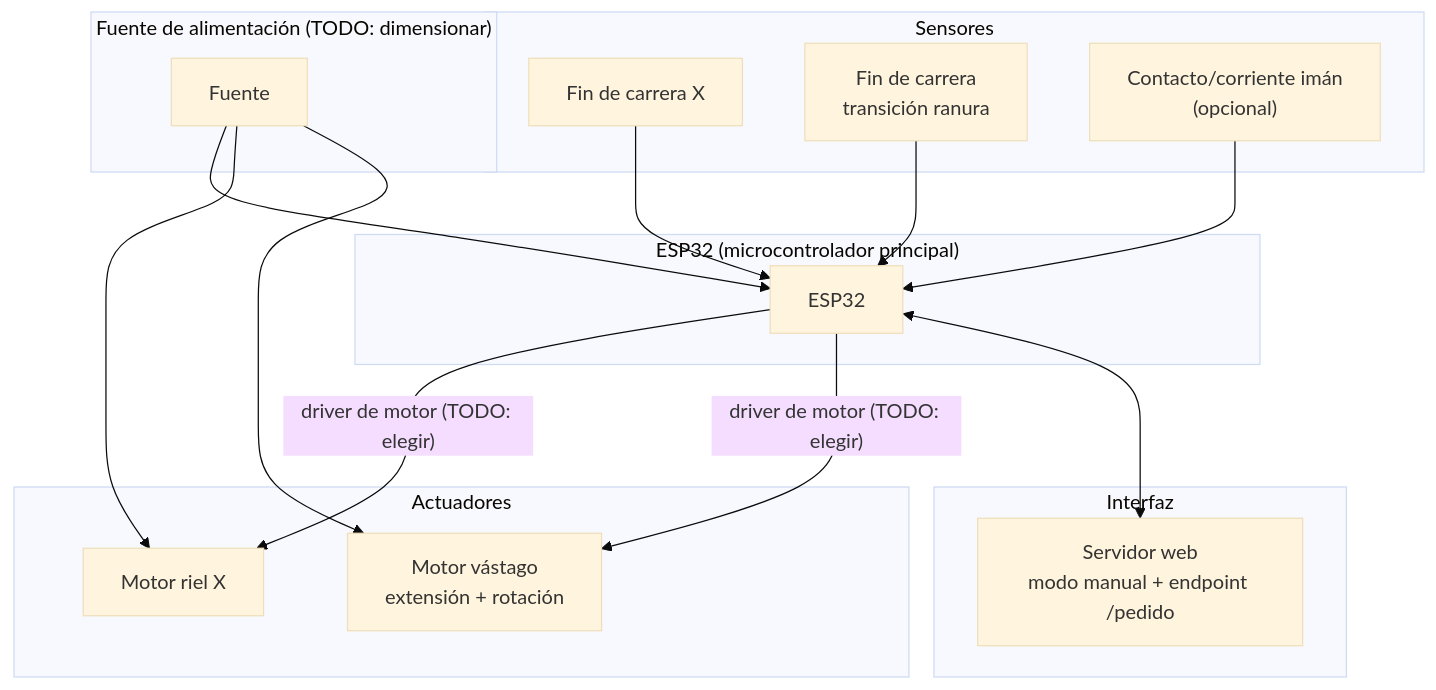
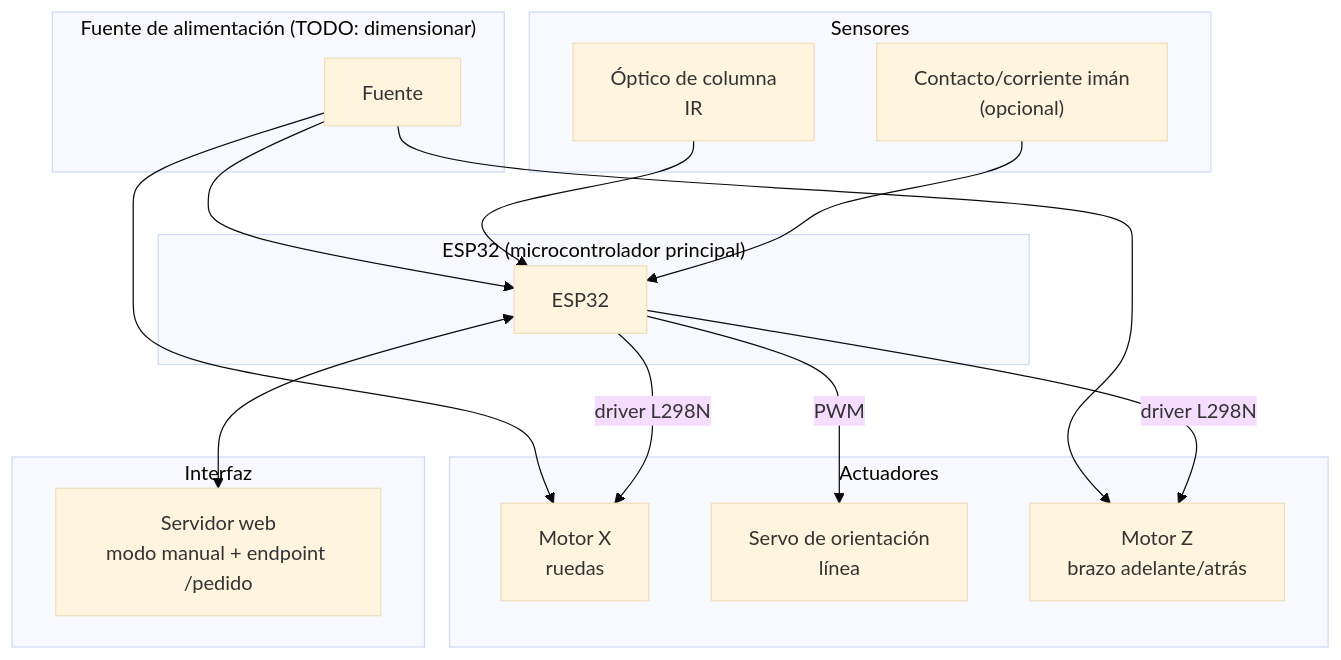
Before and after one commit to delfisalinasmich/sistema-apertura-cajones: the diagram in docs/diagrama-bloques.md, drawn with Mermaid (base theme). The commit also changed other lines of this file and 29 other files, not shown here.

````diff
--- a/docs/diagrama-bloques.md
+++ b/docs/diagrama-bloques.md
@@ -3,36 +3,36 @@
 ```mermaid
 flowchart TB
     subgraph Alimentacion["Fuente de alimentación (TODO: dimensionar)"]
         FA[Fuente]
     end
 
     subgraph Control["ESP32 (microcontrolador principal)"]
         MCU[ESP32]
     end
 
     subgraph Actuadores
-        MX[Motor riel X]
-        MV[Motor vástago<br/>extensión + rotación]
+        MX[Motor X<br/>ruedas]
+        SV[Servo de orientación<br/>línea]
+        MZ[Motor Z<br/>brazo adelante/atrás]
     end
 
     subgraph Sensores
-        SX[Fin de carrera X]
-        ST[Fin de carrera<br/>transición ranura]
+        SC[Óptico de columna<br/>IR]
         SM["Contacto/corriente imán<br/>(opcional)"]
     end
 
     subgraph Interfaz
         WEB[Servidor web<br/>modo manual + endpoint /pedido]
     end
 
     FA --> MCU
     FA --> MX
-    FA --> MV
+    FA --> MZ
 
-    MCU -->|"driver de motor (TODO: elegir)"| MX
-    MCU -->|"driver de motor (TODO: elegir)"| MV
-    SX --> MCU
-    ST --> MCU
+    MCU -->|"driver L298N"| MX
+    MCU -->|"PWM"| SV
+    MCU -->|"driver L298N"| MZ
+    SC --> MCU
     SM --> MCU
     MCU <--> WEB
 ```
````
